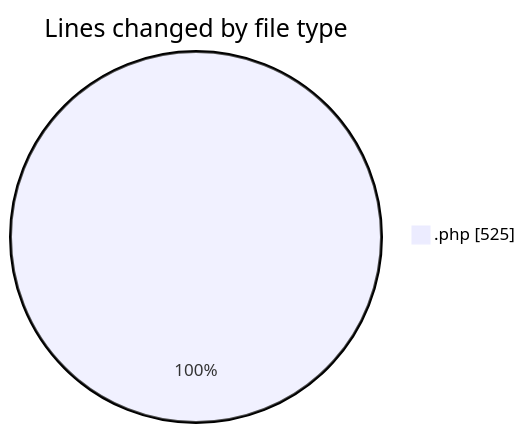
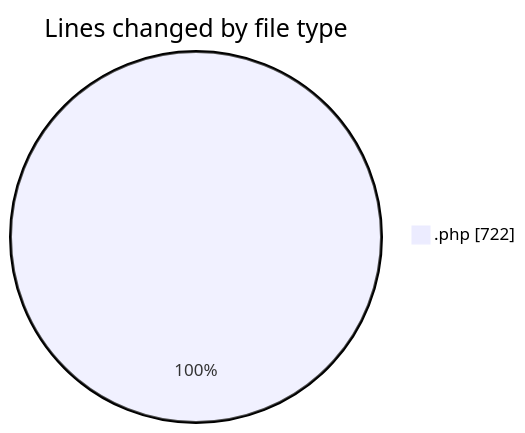
The first of 2 diagrams in 2025-11-06/totem/README.md (LanceThiago/code-tracking), drawn with Mermaid before and after one commit. The commit also changed other lines of this file and 1 other file, not shown here.

````diff
--- a/2025-11-06/totem/README.md
+++ b/2025-11-06/totem/README.md
@@ -22,5 +23,5 @@
 ```mermaid
 pie showData
 title Lines changed by file type
-".php" : 525
+".php" : 722
 ```
````
